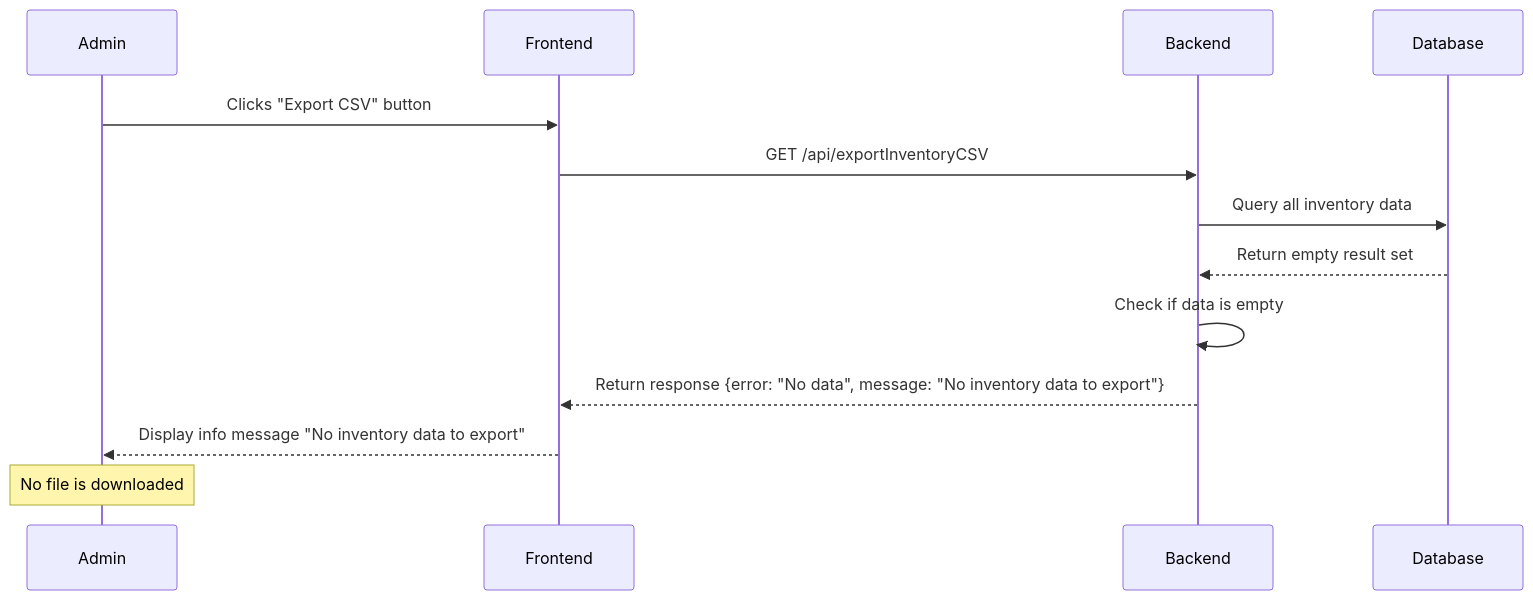
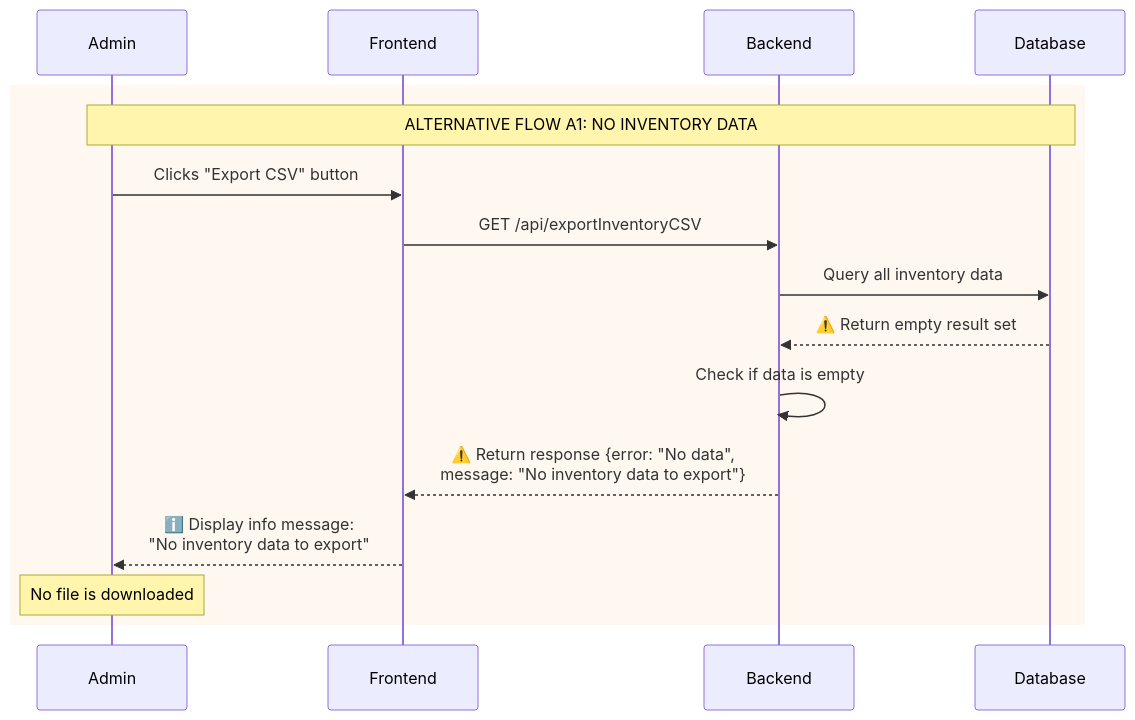
One commit to phuongloannn/bicycle-web-FE changed the seventh of 9 diagrams in UML_Sequence_Diagram_Inventory_CSV.md. Above: the diagram before and after it, drawn with Mermaid. The commit also changed other lines of this file, not shown here.

````diff
--- a/UML_Sequence_Diagram_Inventory_CSV.md
+++ b/UML_Sequence_Diagram_Inventory_CSV.md
@@ -231,19 +259,23 @@
 ```mermaid
 sequenceDiagram
-    participant Admin
-    participant Frontend
-    participant Backend
-    participant Database
+    participant Admin as Admin
+    participant Frontend as Frontend
+    participant Backend as Backend
+    participant Database as Database
 
-    Admin->>Frontend: Clicks "Export CSV" button
-    Frontend->>Backend: GET /api/exportInventoryCSV
-    Backend->>Database: Query all inventory data
-    Database-->>Backend: Return empty result set
-    
-    Backend->>Backend: Check if data is empty
-    Backend-->>Frontend: Return response {error: "No data", message: "No inventory data to export"}
-    
-    Frontend-->>Admin: Display info message "No inventory data to export"
-    
-    Note over Admin: No file is downloaded
+    rect rgb(255, 248, 240)
+        Note over Admin,Database: ALTERNATIVE FLOW A1: NO INVENTORY DATA
+        
+        Admin->>Frontend: Clicks "Export CSV" button
+        Frontend->>Backend: GET /api/exportInventoryCSV
+        Backend->>Database: Query all inventory data
+        Database-->>Backend: ⚠️ Return empty result set
+        
+        Backend->>Backend: Check if data is empty
+        Backend-->>Frontend: ⚠️ Return response {error: "No data",<br/>message: "No inventory data to export"}
+        
+        Frontend-->>Admin: ℹ️ Display info message:<br/>"No inventory data to export"
+        
+        Note over Admin: No file is downloaded
+    end
 ```
````
